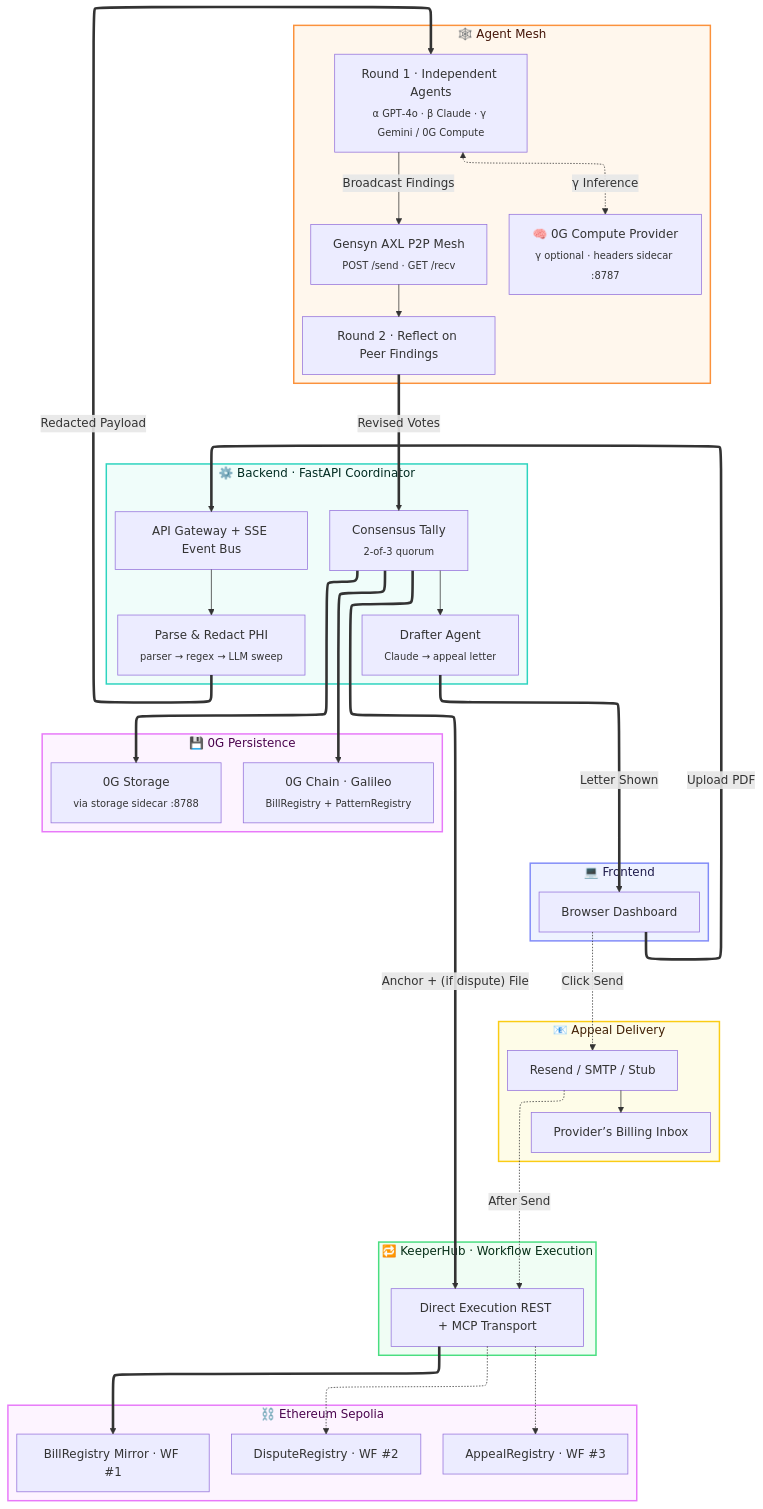
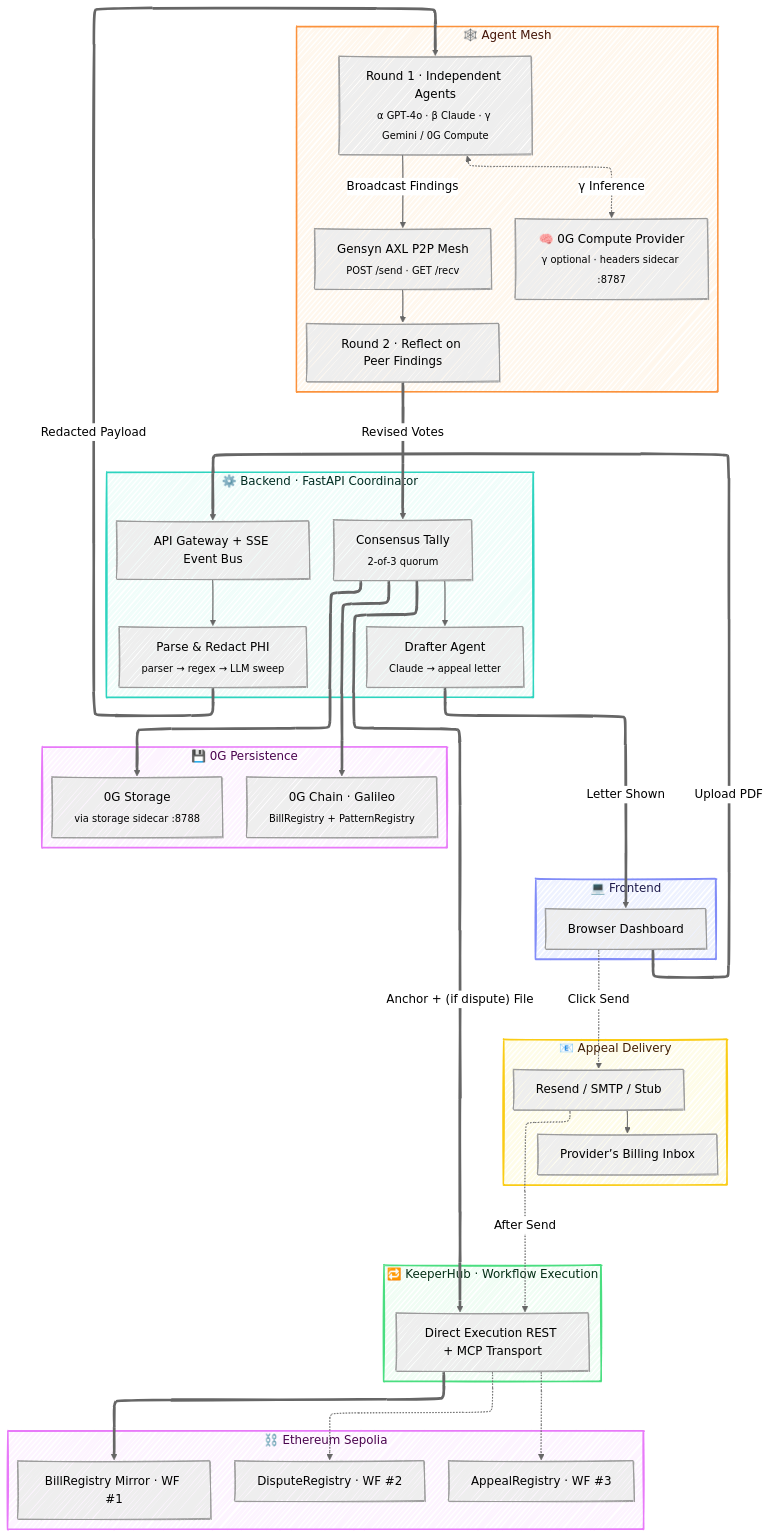
One commit to jhatch3/lethe- changed the diagram in README.md. Above: the diagram before and after it, drawn with Mermaid.

Commit message:
diagramssssssss

```diff
--- a/README.md
+++ b/README.md
@@ -99,6 +99,12 @@
 ---
 config:
   layout: elk
+  look: handDrawn
+  theme: neutral
+  flowchart:
+    curve: basis
+    nodeSpacing: 40
+    rankSpacing: 60
 ---
 flowchart TB
     %% === Subgraph: Frontend ===
```
